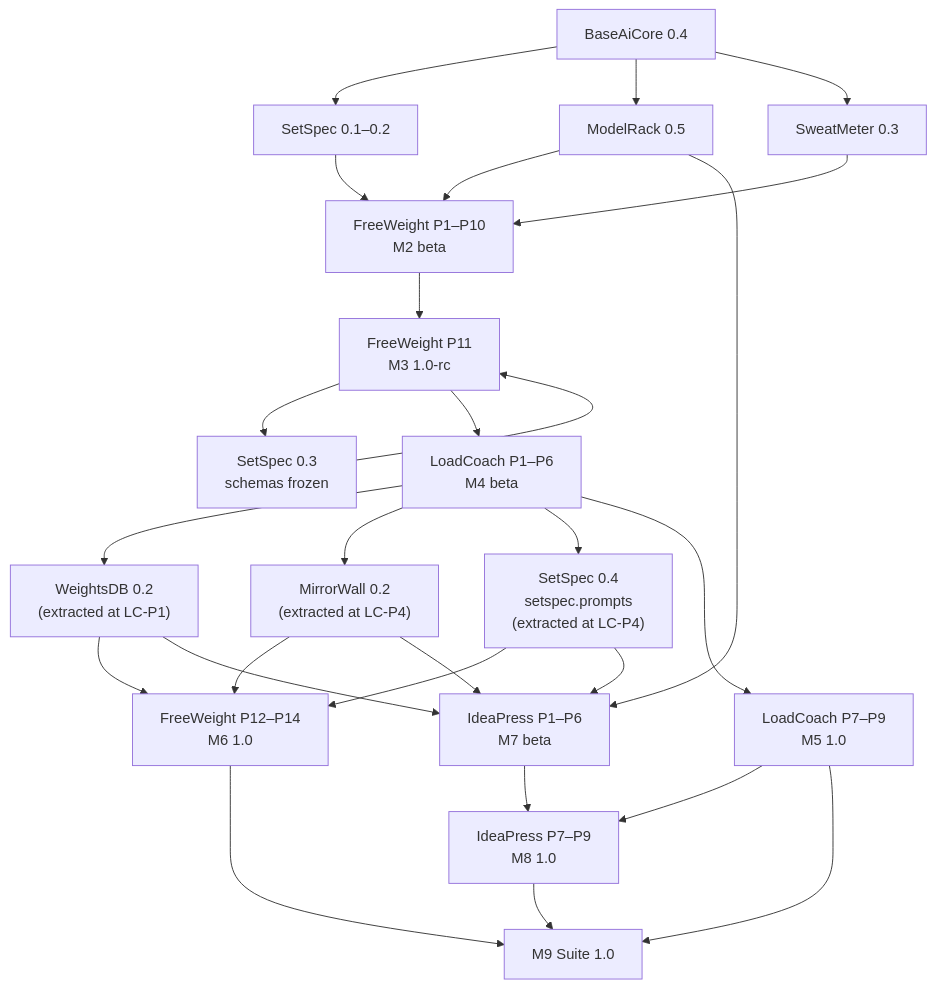
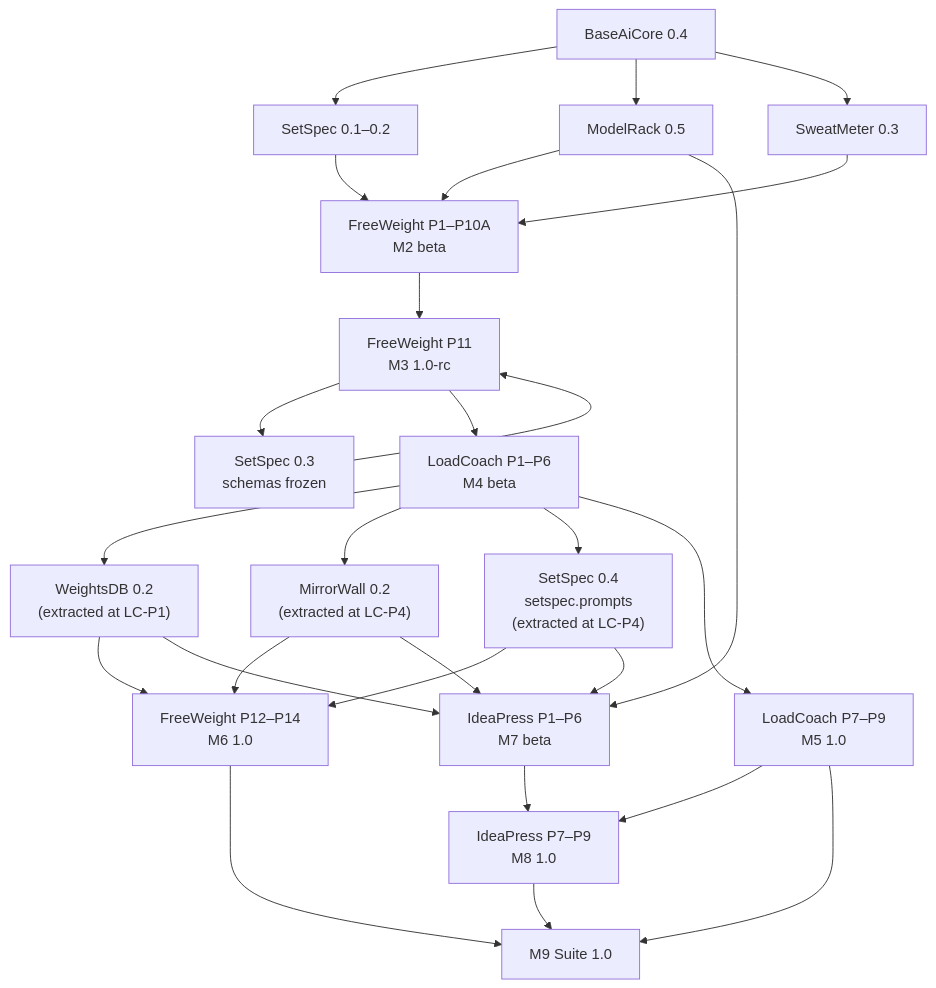
Before and after one commit to JPKell/OpenWeight-Gym: the first of 2 diagrams in roadmap/master-roadmap.md, drawn with Mermaid. The commit also changed other lines of this file and 27 other files, not shown here.

````diff
--- a/roadmap/master-roadmap.md
+++ b/roadmap/master-roadmap.md
@@ -33,29 +39,29 @@
 ```mermaid
 graph TD
     BC["BaseAiCore 0.4"] --> SS["SetSpec 0.1–0.2"]
     BC --> MR["ModelRack 0.5"]
     BC --> SM["SweatMeter 0.3"]
-    SS --> FW1["FreeWeight P1–P10<br/>M2 beta"]
+    SS --> FW1["FreeWeight P1–P10A<br/>M2 beta"]
     MR --> FW1
     SM --> FW1
     FW1 --> FW2["FreeWeight P11<br/>M3 1.0-rc"]
     FW2 --> SSF["SetSpec 0.3<br/>schemas frozen"]
     SSF --> FW2
     FW2 --> LC1["LoadCoach P1–P6<br/>M4 beta"]
     LC1 --> WDB["WeightsDB 0.2<br/>(extracted at LC-P1)"]
     LC1 --> MW["MirrorWall 0.2<br/>(extracted at LC-P4)"]
     LC1 --> SSP["SetSpec 0.4<br/>setspec.prompts<br/>(extracted at LC-P4)"]
     SSP --> FW3
     SSP --> IP1
     LC1 --> LC2["LoadCoach P7–P9<br/>M5 1.0"]
     WDB --> FW3["FreeWeight P12–P14<br/>M6 1.0"]
     MW --> FW3
     WDB --> IP1["IdeaPress P1–P6<br/>M7 beta"]
     MW --> IP1
     MR --> IP1
     LC2 --> IP2["IdeaPress P7–P9<br/>M8 1.0"]
     IP1 --> IP2
     FW3 --> SUITE["M9 Suite 1.0"]
     LC2 --> SUITE
     IP2 --> SUITE
 ```
````
